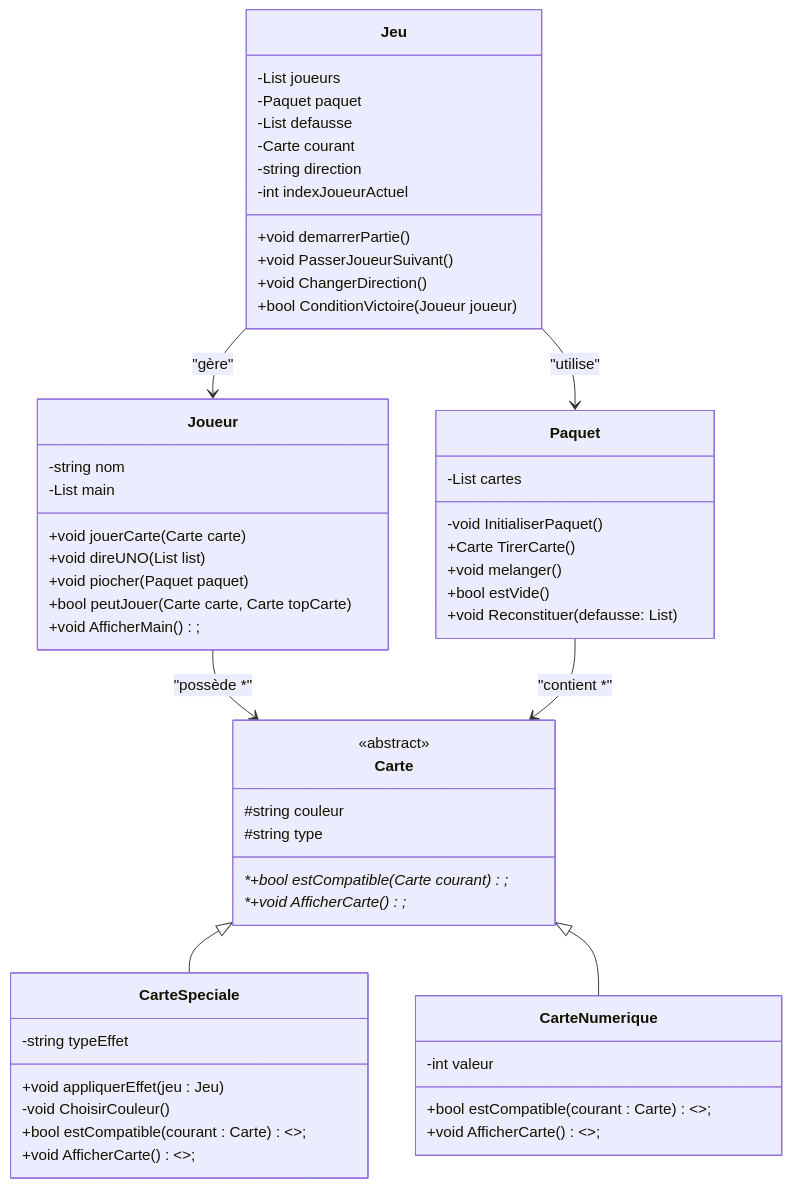
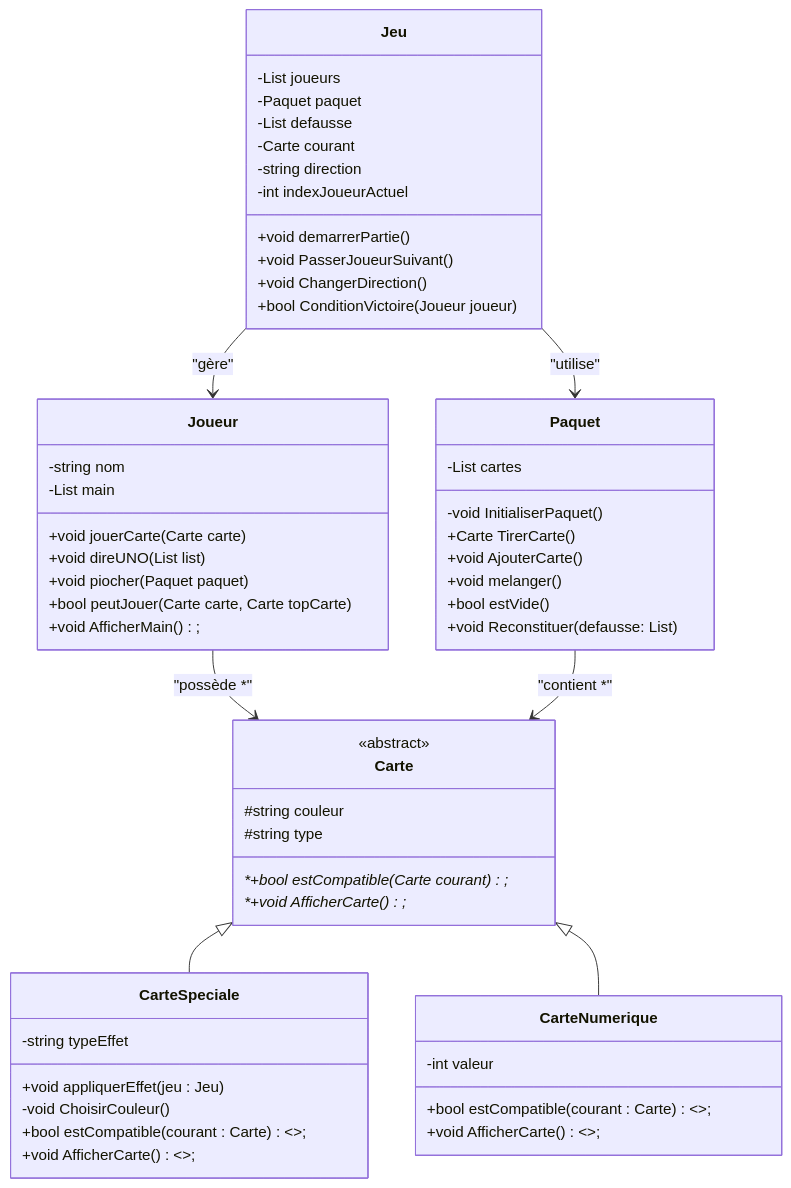
The diagram in README.md (Lil-Code30/uno-game), drawn with Mermaid before and after one commit. The commit also changed 1 other file, not shown here.

Commit message:
Add AjouterCarte method to Paquet class
Introduces the AjouterCarte method to allow adding a card to the Paquet, useful for returning played cards or reconstructing the deck. Updates the README class diagram to reflect this new method.

````diff
--- a/README.md
+++ b/README.md
@@ -26,69 +26,70 @@
 ```mermaid
 classDiagram
     class Jeu {
         -List<Joueur> joueurs
         -Paquet paquet
         -List<Carte> defausse
         -Carte courant
         -string direction
         -int indexJoueurActuel
 
         +void demarrerPartie() 
         +void PasserJoueurSuivant()
         +void ChangerDirection()
         +bool ConditionVictoire(Joueur joueur )
     }
 
     class Joueur {
         -string nom 
         -List<Carte> main 
 
         +void jouerCarte(Carte carte) 
         +void direUNO(List<Carte> list)
         +void piocher(Paquet paquet) 
         +bool peutJouer(Carte carte, Carte topCarte) 
         +void AfficherMain();
     }
 
     class Paquet {
         -List<Carte> cartes
 
         -void InitialiserPaquet()
         +Carte TirerCarte()
+        +void AjouterCarte()
         +void melanger()
         +bool estVide()
         +void Reconstituer(defausse: List<Carte>)
     }
 
     class Carte {
         <<abstract>>
         #string couleur 
         #string type 
 
         *+bool estCompatible(Carte courant )*;
         *+void AfficherCarte()*;
     }
 
     class CarteSpeciale {
         -string typeEffet
 
         +void appliquerEffet(jeu : Jeu)
         -void ChoisirCouleur()
         +bool estCompatible(courant : Carte) <<override>>;
         +void AfficherCarte() <<override>>;
     }
 
     class CarteNumerique {
         -int valeur
 
         +bool estCompatible(courant : Carte) <<override>>;
         +void AfficherCarte() <<override>>;
     }
 
     Jeu --> Joueur : "gère"
     Jeu --> Paquet : "utilise"
     Joueur --> Carte : "possède *"
     Paquet --> Carte : "contient *"
     Carte <|-- CarteSpeciale
     Carte <|-- CarteNumerique
 ```
````
